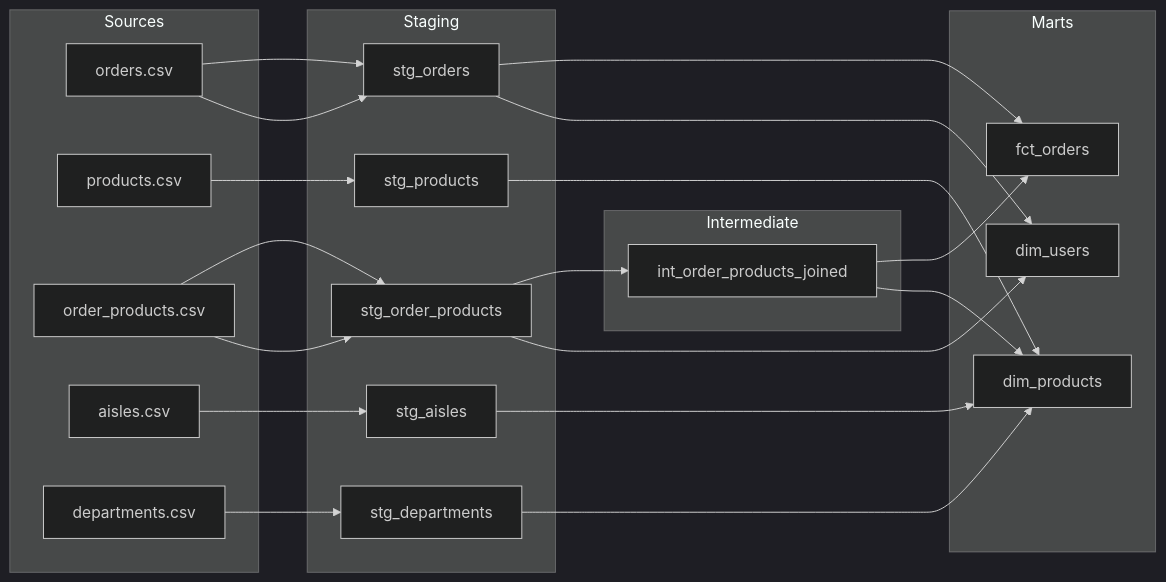
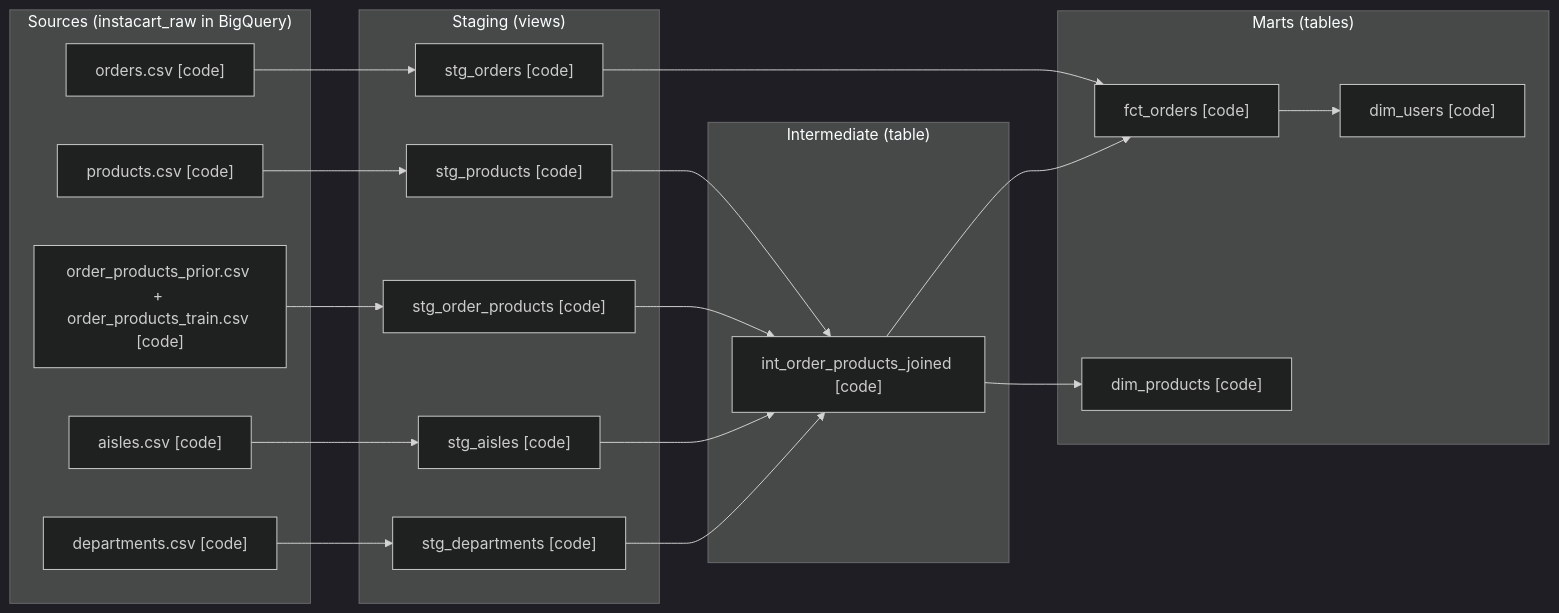
One commit to SamieVargas/instacart-project changed the diagram in README.md. Above: the diagram before and after it, drawn with Mermaid (dark theme). The commit also changed other lines of this file and 1 other file, not shown here.

First line of the commit message:
Reshape README into the shared section order

````diff
--- a/README.md
+++ b/README.md
@@ -73,37 +46,35 @@
 ```mermaid
 graph LR
-    subgraph Sources
-        A[orders.csv]
-        B[products.csv]
-        C[order_products.csv]
-        D[aisles.csv]
-        E[departments.csv]
+    subgraph Sources ["Sources (instacart_raw in BigQuery)"]
+        A["orders.csv [code]"]
+        B["products.csv [code]"]
+        C["order_products_prior.csv + order_products_train.csv [code]"]
+        D["aisles.csv [code]"]
+        E["departments.csv [code]"]
     end
 
-    subgraph Staging
-        F[stg_orders]
-        G[stg_products]
-        H[stg_order_products]
-        I[stg_aisles]
-        J[stg_departments]
+    subgraph Staging ["Staging (views)"]
+        F["stg_orders [code]"]
+        G["stg_products [code]"]
+        H["stg_order_products [code]"]
+        I["stg_aisles [code]"]
+        J["stg_departments [code]"]
     end
 
-    subgraph Intermediate
-        K[int_order_products_joined]
+    subgraph Intermediate ["Intermediate (table)"]
+        K["int_order_products_joined [code]"]
     end
 
-    subgraph Marts
-        L[fct_orders]
-        M[dim_products]
-        N[dim_users]
+    subgraph Marts ["Marts (tables)"]
+        L["fct_orders [code]"]
+        M["dim_products [code]"]
+        N["dim_users [code]"]
     end
 
-    A --> F --> L
-    A --> F --> N
-    B --> G --> M
+    A --> F --> L --> N
+    B --> G --> K
     C --> H --> K --> L
-    C --> H --> N
-    D --> I --> M
-    E --> J --> M
+    D --> I --> K
+    E --> J --> K
     K --> M
 ```
````
